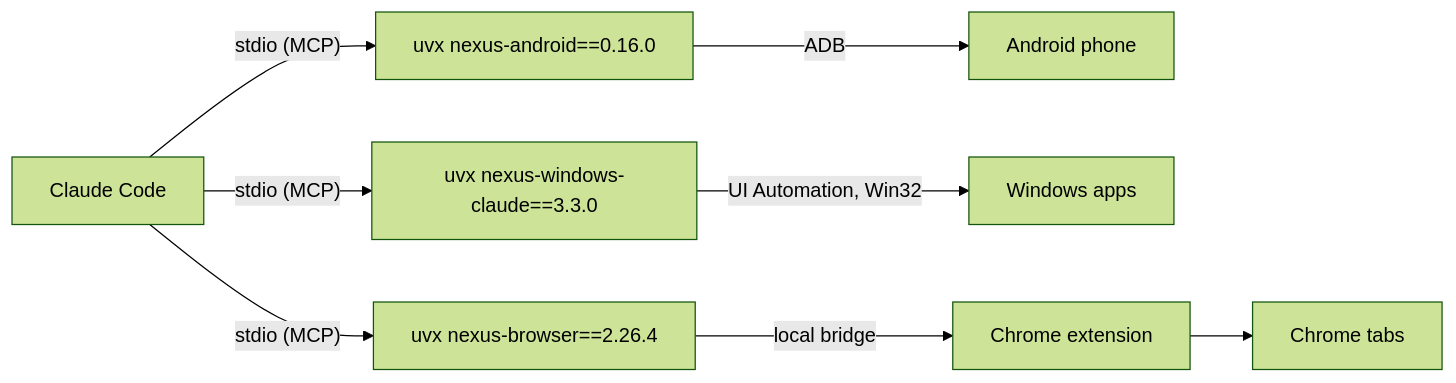
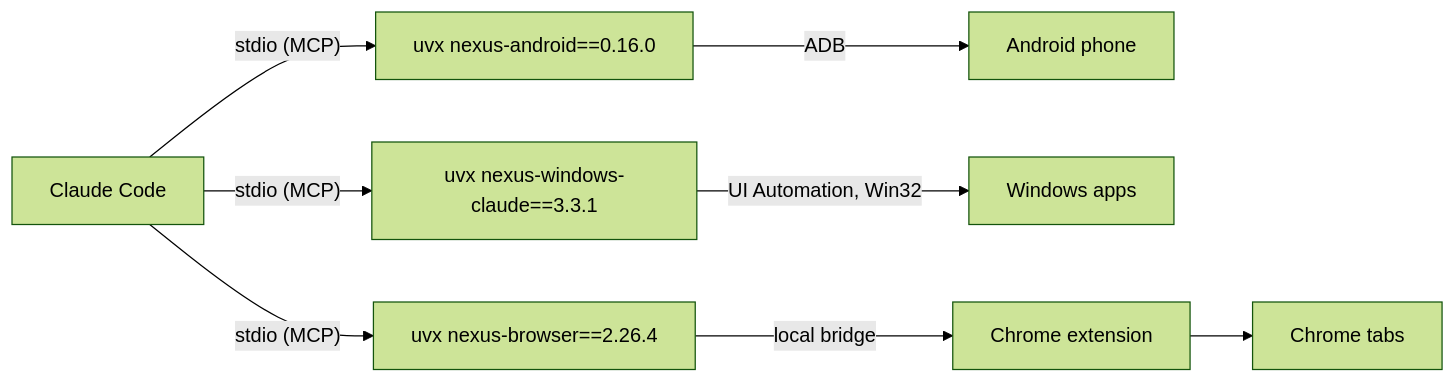
Before and after one commit to pironjulien/NexusSystem: the diagram in README.md, drawn with Mermaid (forest theme). The commit also changed 7 other files, not shown here.

Commit message:
Update to 1.6.18: nexus-windows 3.3.1 (documents opened by Store apps)

````diff
--- a/README.md
+++ b/README.md
@@ -128,6 +128,6 @@
 ```mermaid
 flowchart LR
     C["Claude Code"] -- "stdio (MCP)" --> A["uvx nexus-android==0.16.0"] -- ADB --> P["Android phone"]
-    C -- "stdio (MCP)" --> W["uvx nexus-windows-claude==3.3.0"] -- "UI Automation, Win32" --> D["Windows apps"]
+    C -- "stdio (MCP)" --> W["uvx nexus-windows-claude==3.3.1"] -- "UI Automation, Win32" --> D["Windows apps"]
     C -- "stdio (MCP)" --> B["uvx nexus-browser==2.26.4"] -- "local bridge" --> E["Chrome extension"] --> T["Chrome tabs"]
 ```
````
